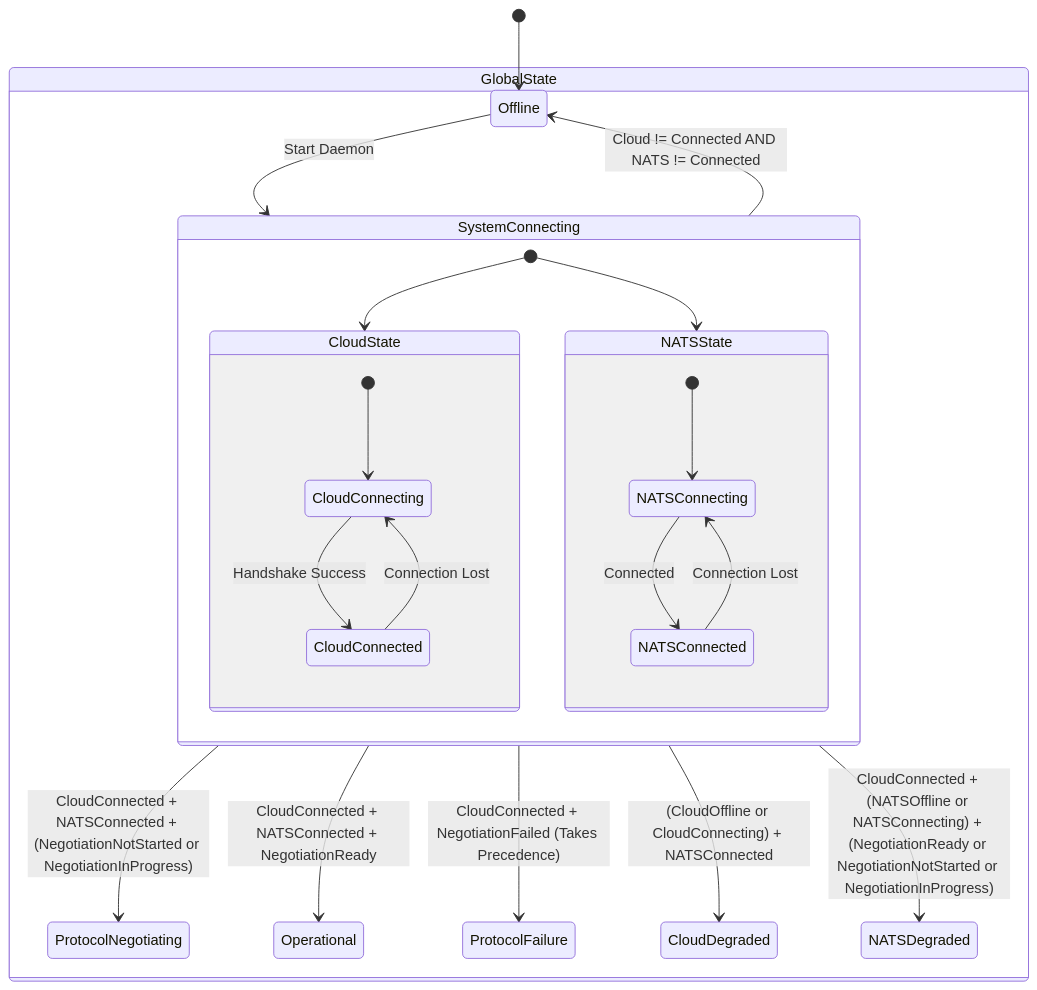
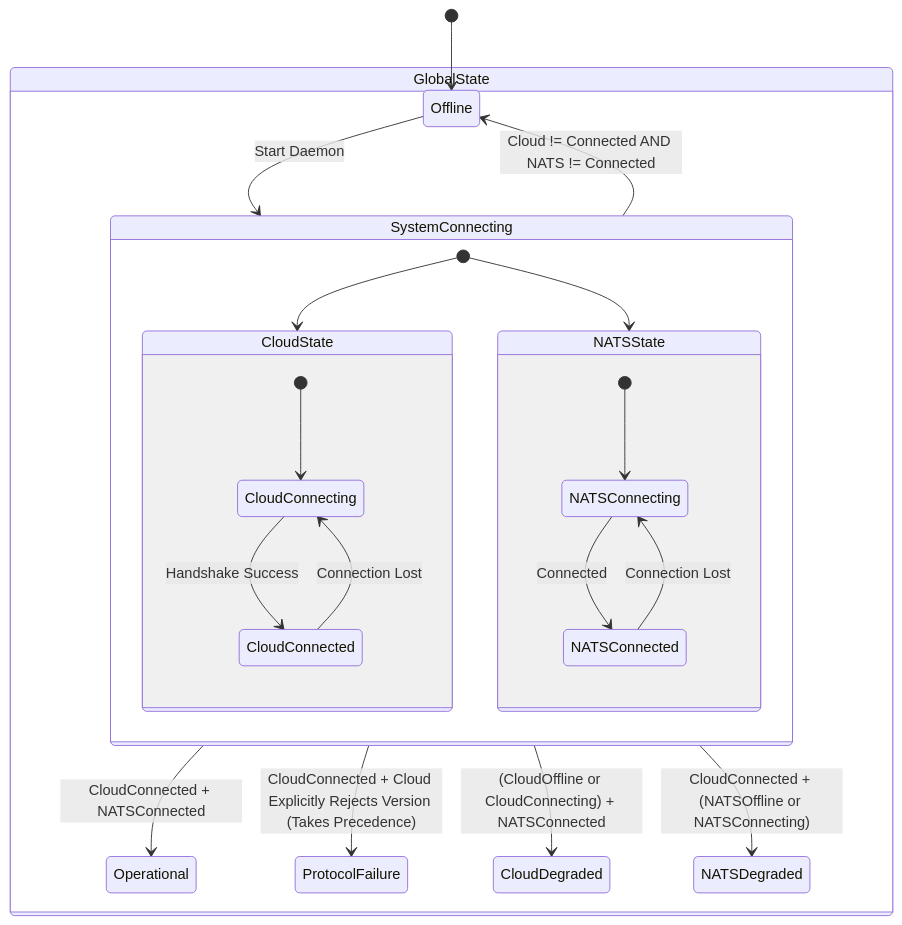
One commit to routerarchitects/TIP-olg-ucentral-client changed the fifth of 5 diagrams in HIGH_LEVEL_DESIGN.md. Above: the diagram before and after it, drawn with Mermaid. The commit also changed other lines of this file and 3 other files, not shown here.

````diff
--- a/HIGH_LEVEL_DESIGN.md
+++ b/HIGH_LEVEL_DESIGN.md
@@ -280,31 +298,30 @@
 ```mermaid
 stateDiagram-v2
     [*] --> Offline
     Offline --> SystemConnecting : Start Daemon
     
     state SystemConnecting {
         [*] --> CloudState
         [*] --> NATSState
         
         state CloudState {
             [*] --> CloudConnecting
             CloudConnecting --> CloudConnected : Handshake Success
             CloudConnected --> CloudConnecting : Connection Lost
         }
         
         state NATSState {
             [*] --> NATSConnecting
             NATSConnecting --> NATSConnected : Connected
             NATSConnected --> NATSConnecting : Connection Lost
         }
     }
     
     state GlobalState {
         SystemConnecting --> Offline : Cloud != Connected AND NATS != Connected
-        SystemConnecting --> ProtocolNegotiating : CloudConnected + NATSConnected + (NegotiationNotStarted or NegotiationInProgress)
-        SystemConnecting --> Operational : CloudConnected + NATSConnected + NegotiationReady
-        SystemConnecting --> ProtocolFailure : CloudConnected + NegotiationFailed (Takes Precedence)
+        SystemConnecting --> Operational : CloudConnected + NATSConnected
+        SystemConnecting --> ProtocolFailure : CloudConnected + Cloud Explicitly Rejects Version (Takes Precedence)
         SystemConnecting --> CloudDegraded : (CloudOffline or CloudConnecting) + NATSConnected
-        SystemConnecting --> NATSDegraded : CloudConnected + (NATSOffline or NATSConnecting) + (NegotiationReady or NegotiationNotStarted or NegotiationInProgress)
+        SystemConnecting --> NATSDegraded : CloudConnected + (NATSOffline or NATSConnecting)
     }
 ```
````
